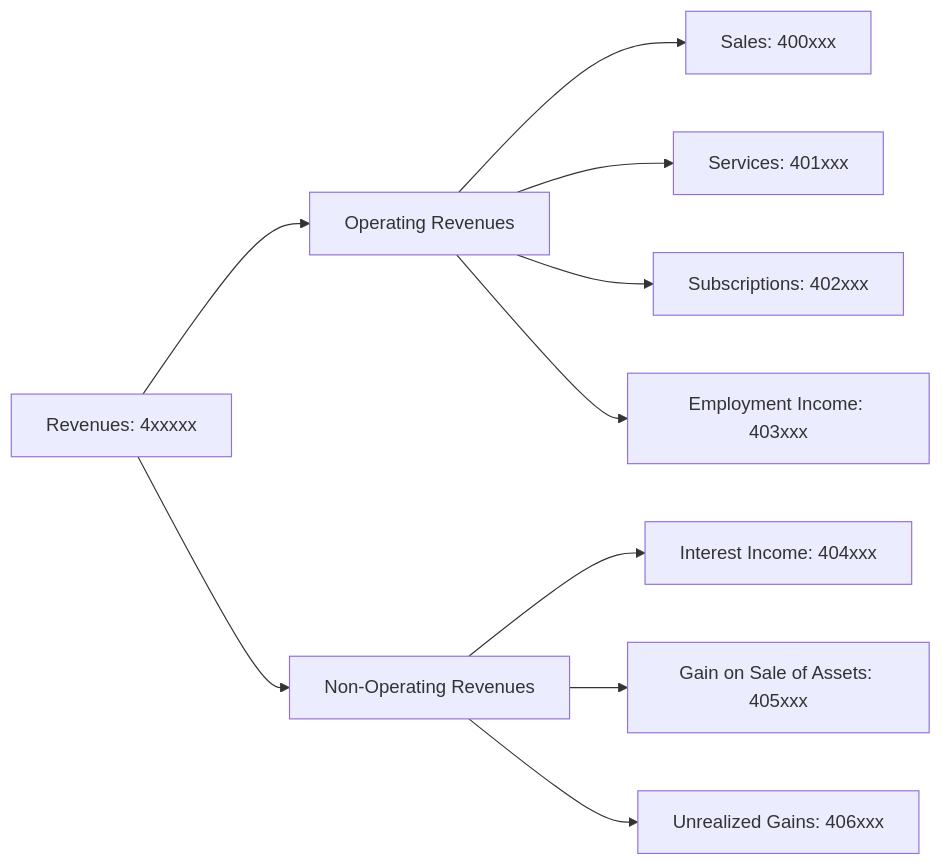
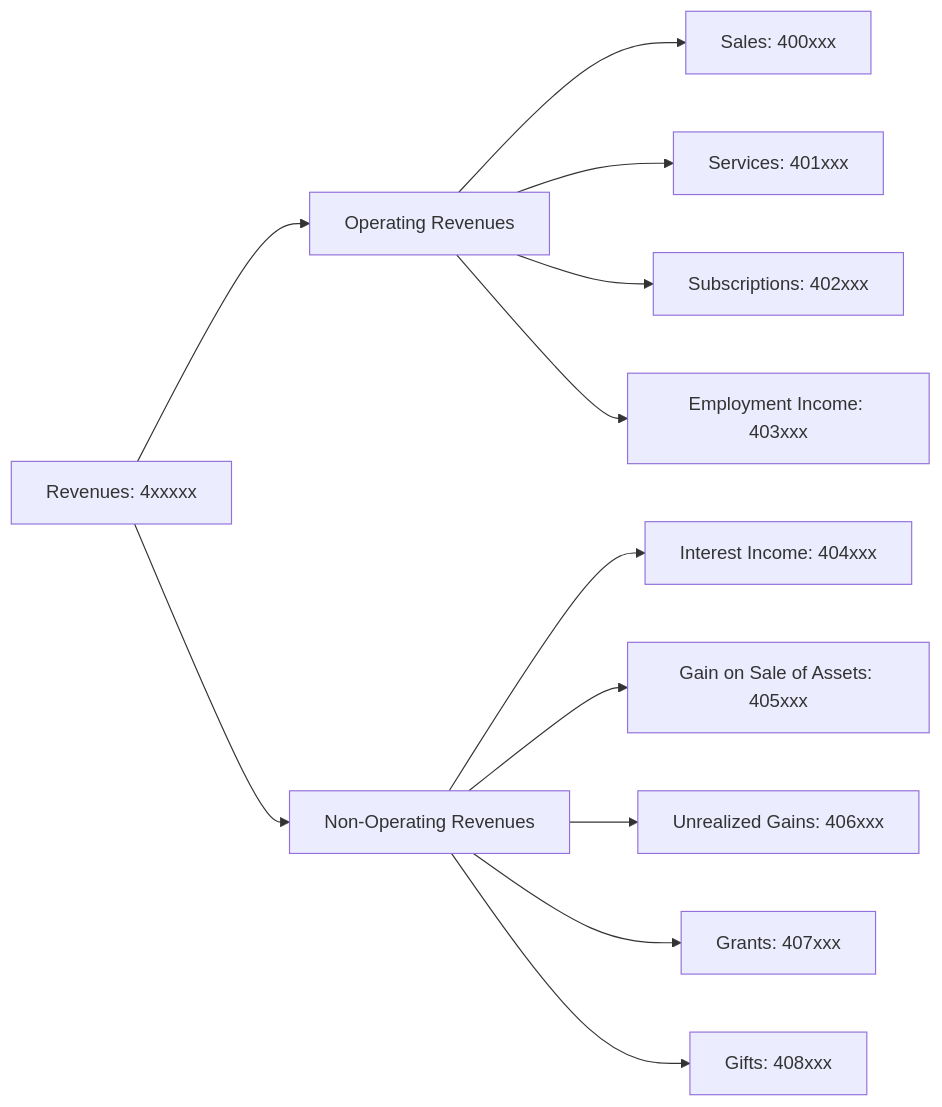
Before and after one commit to oosahon/drimsheet-core: the diagram in src/domain/ledger/__doc__/assets/4-coa-revenues.mermaid, drawn with Mermaid. The commit also changed 16 other files, not shown here.

Commit message:
feat(PUR-103): bootstrap gifts and grants accounts

```diff
--- a/src/domain/ledger/__doc__/assets/4-coa-revenues.mermaid
+++ b/src/domain/ledger/__doc__/assets/4-coa-revenues.mermaid
@@ -1,17 +1,19 @@
 flowchart LR
     Revenues["Revenues: 4xxxxx"]
 
     OperatingRevenues["Operating Revenues"]
         Sales["Sales: 400xxx"]
         Services["Services: 401xxx"]
         Subscriptions["Subscriptions: 402xxx"]
         EmploymentIncome["Employment Income: 403xxx"]
         
     NonOperatingRevenues["Non-Operating Revenues"]
         InterestIncome["Interest Income: 404xxx"]
         GainOnAssetSale["Gain on Sale of Assets: 405xxx"]
         UnrealizedGains["Unrealized Gains: 406xxx"]
+        Grants["Grants: 407xxx"]
+        Gifts["Gifts: 408xxx"]
 
     Revenues --> OperatingRevenues & NonOperatingRevenues
     OperatingRevenues --> Sales & Services & Subscriptions & EmploymentIncome
-    NonOperatingRevenues --> InterestIncome & GainOnAssetSale & UnrealizedGains
+    NonOperatingRevenues --> InterestIncome & GainOnAssetSale & UnrealizedGains & Grants & Gifts
```
